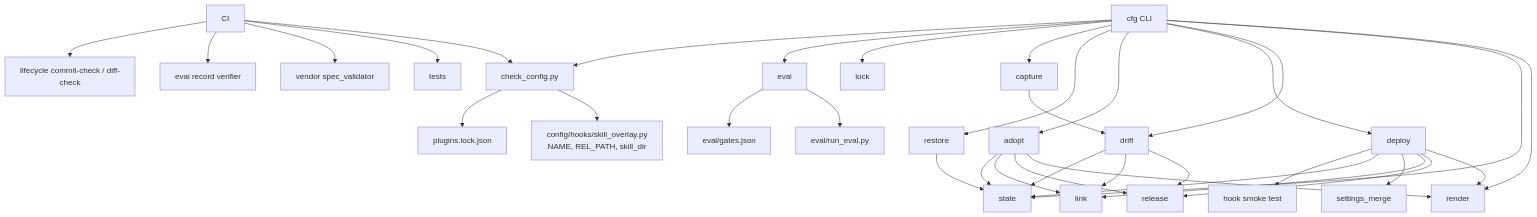
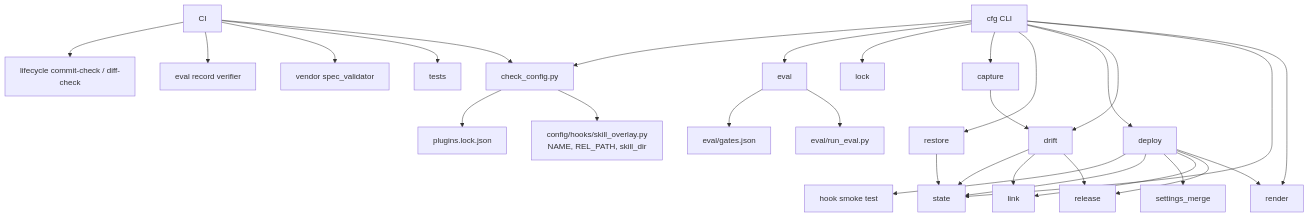
The second of 5 diagrams in docs/architecture/README.md (Towerism/claude-config), drawn with Mermaid before and after one commit. The commit also changed other lines of this file and 4 other files, not shown here.

````diff
--- a/docs/architecture/README.md
+++ b/docs/architecture/README.md
@@ -165,14 +165,13 @@
 ```mermaid
 flowchart TD
-  cli[cfg CLI] --> render & state & drift & deploy & adopt & restore & capture & lock & evalcmd[eval]
+  cli[cfg CLI] --> render & state & drift & deploy & restore & capture & lock & evalcmd[eval]
   deploy --> render & release & link & settings_merge & state & smoke[hook smoke test]
-  adopt --> render & release & link & state
   drift --> release & link & state
   capture --> drift
   restore --> state
   check[check_config.py] --> hookmod[config/hooks/skill_overlay.py<br/>NAME, REL_PATH, skill_dir]
   check --> lockf[plugins.lock.json]
   cli --> check
   evalcmd --> runeval[eval/run_eval.py] & gates[eval/gates.json]
   ci[CI] --> check & tests & validator[vendor spec_validator] & recordcheck[eval record verifier] & lc[lifecycle commit-check / diff-check]
 ```
````
